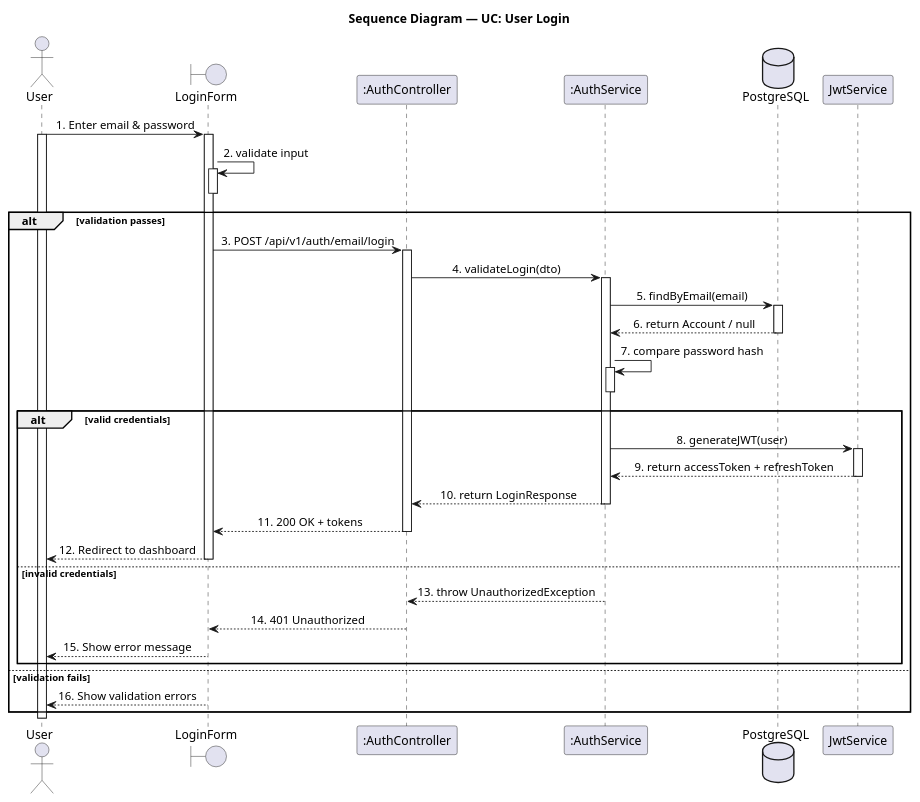
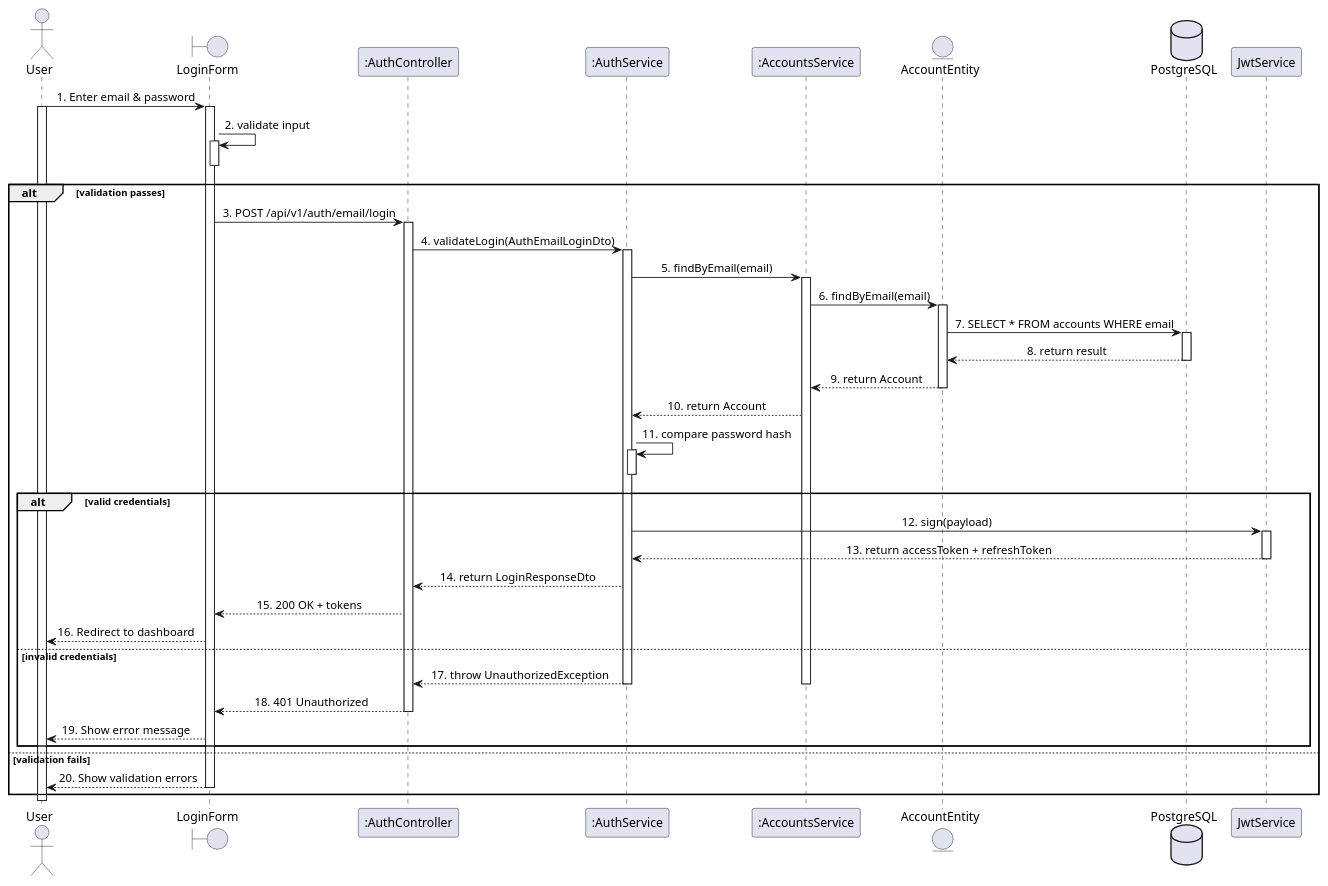
Before and after one commit to LTPPPP/Smart-Medical-Intelligent-Ledger-for-E-health-S.M.I.L.E-: diagram 12 of 12 in .claude/skills/plantuml-sequence-diagram/SKILL.md, drawn with PlantUML. The commit also changed other lines of this file and 114 other files, not shown here.

Commit message:
feat: complete class,sequence

````diff
--- a/.claude/skills/plantuml-sequence-diagram/SKILL.md
+++ b/.claude/skills/plantuml-sequence-diagram/SKILL.md
@@ -220,65 +313,73 @@
 ```plantuml
 @startuml SequenceDiagram
 skinparam shadowing false
 skinparam sequenceMessageAlign center
 
-title Sequence Diagram — UC: User Login
-
 actor "User" as user
 boundary "LoginForm" as form
 participant ":AuthController" as auth
 participant ":AuthService" as svc
+participant ":AccountsService" as accSvc
+entity "AccountEntity" as accEntity
 database "PostgreSQL" as db
 participant "JwtService" as jwt
 
 user -> form : 1. Enter email & password
 activate user
 activate form
 
 form -> form : 2. validate input
 activate form
 deactivate form
 alt validation passes
   form -> auth : 3. POST /api/v1/auth/email/login
   activate auth
 
-  auth -> svc : 4. validateLogin(dto)
+  auth -> svc : 4. validateLogin(AuthEmailLoginDto)
   activate svc
 
-  svc -> db : 5. findByEmail(email)
+  svc -> accSvc : 5. findByEmail(email)
+  activate accSvc
+
+  accSvc -> accEntity : 6. findByEmail(email)
+  activate accEntity
+  accEntity -> db : 7. SELECT * FROM accounts WHERE email
   activate db
-  db --> svc : 6. return Account / null
+  db --> accEntity : 8. return result
   deactivate db
+  accEntity --> accSvc : 9. return Account
+  deactivate accEntity
 
-  svc -> svc : 7. compare password hash
+  accSvc --> svc : 10. return Account
+
+  svc -> svc : 11. compare password hash
   activate svc
   deactivate svc
   alt valid credentials
-    svc -> jwt : 8. generateJWT(user)
+    svc -> jwt : 12. sign(payload)
     activate jwt
-    jwt --> svc : 9. return accessToken + refreshToken
+    jwt --> svc : 13. return accessToken + refreshToken
     deactivate jwt
 
-    svc --> auth : 10. return LoginResponse
+    svc --> auth : 14. return LoginResponseDto
+
+    auth --> form : 15. 200 OK + tokens
+
+    form --> user : 16. Redirect to dashboard
+  else invalid credentials
+    svc --> auth : 17. throw UnauthorizedException
+    deactivate accSvc
     deactivate svc
-    auth --> form : 11. 200 OK + tokens
+    auth --> form : 18. 401 Unauthorized
     deactivate auth
-    form --> user : 12. Redirect to dashboard
-    deactivate form
-  else invalid credentials
-    svc --> auth : 13. throw UnauthorizedException
-    deactivate svc
-    auth --> form : 14. 401 Unauthorized
-    deactivate auth
-    form --> user : 15. Show error message
-    deactivate form
+    form --> user : 19. Show error message
   end
 else validation fails
-  form --> user : 16. Show validation errors
+  form --> user : 20. Show validation errors
   deactivate form
 end
 
 deactivate user
 
 @enduml
 ```
````
